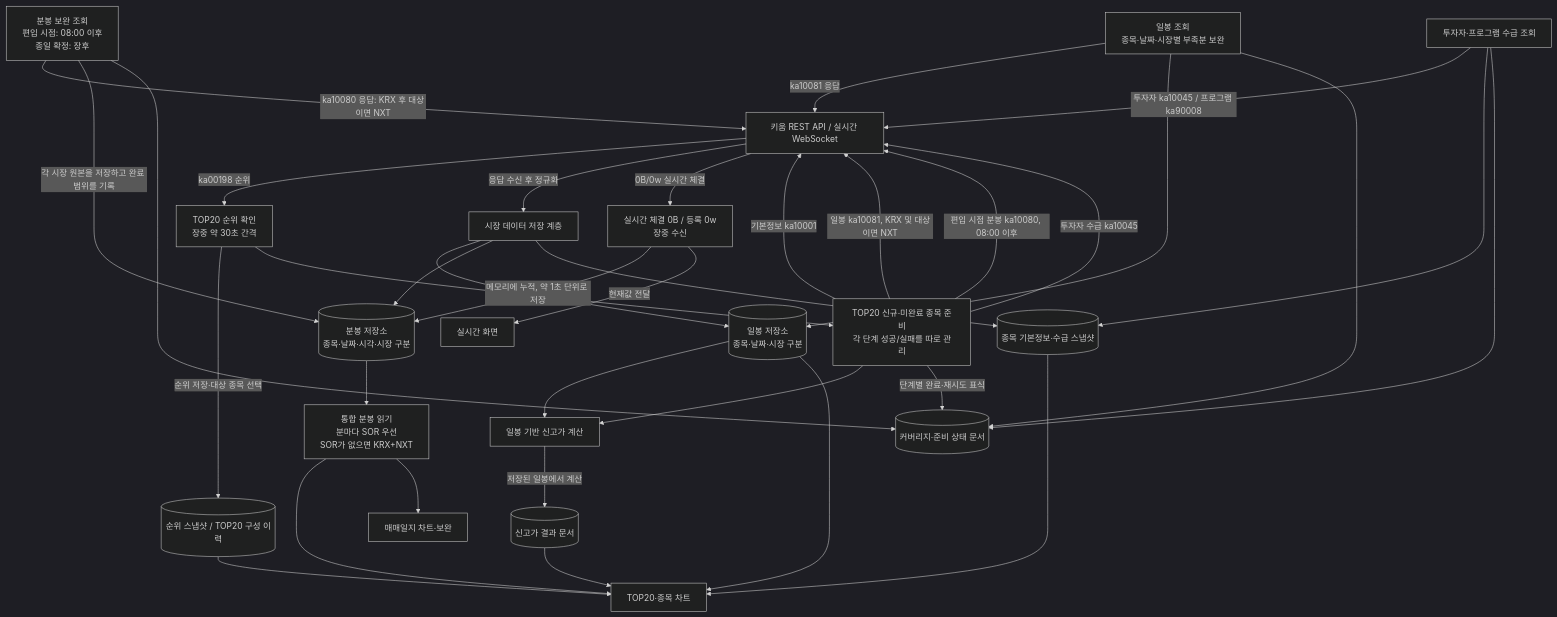
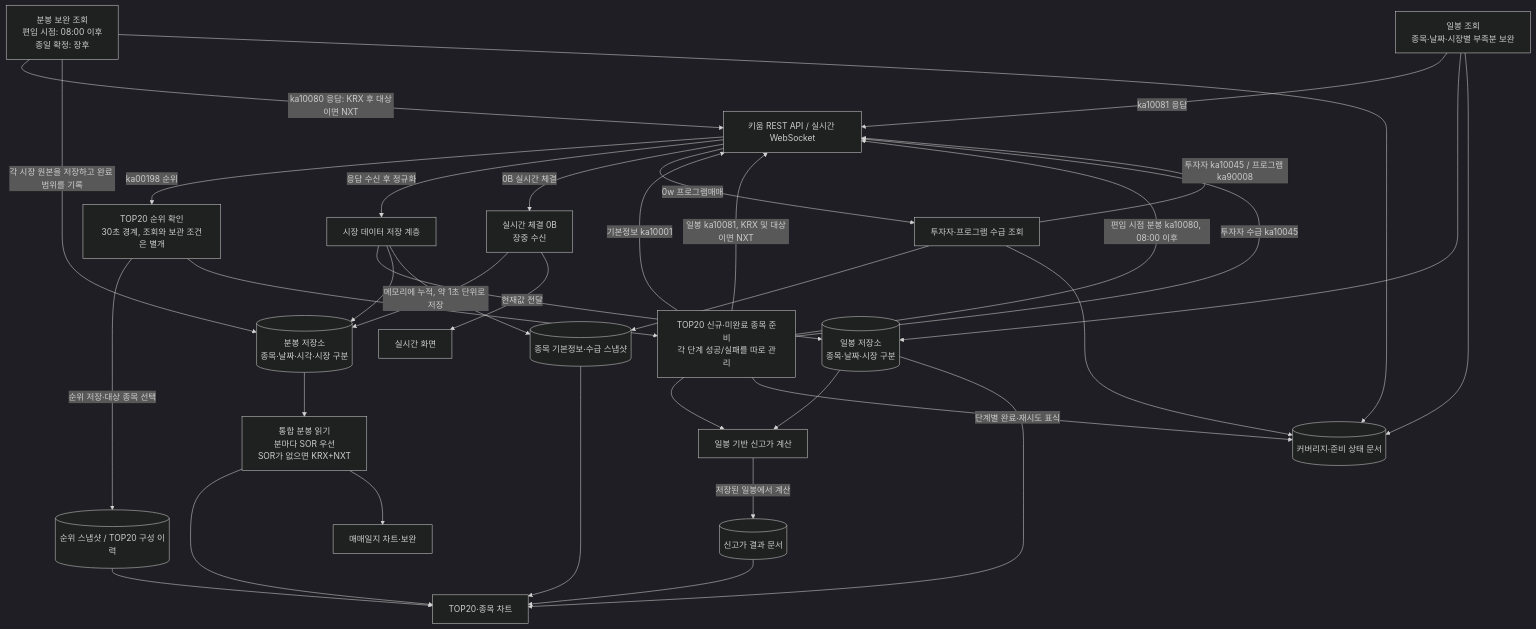
One commit to jhimm3/kiwoom-realtime-monitor changed the diagram in docs/MARKET_DATA_FLOW.md. Above: the diagram before and after it, drawn with Mermaid (dark theme). The commit also changed other lines of this file and 11 other files, not shown here.

````diff
--- a/docs/MARKET_DATA_FLOW.md
+++ b/docs/MARKET_DATA_FLOW.md
@@ -7,48 +9,49 @@
 ```mermaid
 flowchart TD
     K[키움 REST API / 실시간 WebSocket]
-    R[TOP20 순위 확인<br/>장중 약 30초 간격]
+    R[TOP20 순위 확인<br/>30초 경계, 조회와 보관 조건은 별개]
     P[TOP20 신규·미완료 종목 준비<br/>각 단계 성공/실패를 따로 관리]
-    W[실시간 체결 0B / 등록 0w<br/>장중 수신]
+    W[실시간 체결 0B<br/>장중 수신]
     M[분봉 보완 조회<br/>편입 시점: 08:00 이후<br/>종일 확정: 장후]
     D[일봉 조회<br/>종목·날짜·시장별 부족분 보완]
     F[투자자·프로그램 수급 조회]
     H[일봉 기반 신고가 계산]
 
     K -->|ka00198 순위| R
     R -->|순위 저장·대상 종목 선택| DB1[(순위 스냅샷 / TOP20 구성 이력)]
     R --> P
     P -->|기본정보 ka10001| K
     P -->|일봉 ka10081, KRX 및 대상이면 NXT| K
     P -->|편입 시점 분봉 ka10080, 08:00 이후| K
     P -->|투자자 수급 ka10045| K
     P --> H
     H -->|저장된 일봉에서 계산| DB4[(신고가 결과 문서)]
     K -->|응답 수신 후 정규화| I[시장 데이터 저장 계층]
     I --> DB2[(일봉 저장소<br/>종목·날짜·시장 구분)]
     I --> DB3[(분봉 저장소<br/>종목·날짜·시각·시장 구분)]
     I --> DB5[(종목 기본정보·수급 스냅샷)]
     P -->|단계별 완료·재시도 표식| DB6[(커버리지·준비 상태 문서)]
 
-    K -->|0B/0w 실시간 체결| W
+    K -->|0B 실시간 체결| W
+    K -->|0w 프로그램매매| F
     W -->|메모리에 누적, 약 1초 단위로 저장| DB3
     W -->|현재값 전달| UI1[실시간 화면]
     M -->|ka10080 응답: KRX 후 대상이면 NXT| K
     M -->|각 시장 원본을 저장하고 완료 범위를 기록| DB3
     M --> DB6
     D -->|ka10081 응답| K
     D --> DB2
     D --> DB6
     F -->|투자자 ka10045 / 프로그램 ka90008| K
     F --> DB5
     F --> DB6
 
     DB3 --> C[통합 분봉 읽기<br/>분마다 SOR 우선<br/>SOR가 없으면 KRX+NXT]
     C --> UI2[TOP20·종목 차트]
     C --> UI3[매매일지 차트·보완]
     DB1 --> UI2
     DB2 --> H
     DB2 --> UI2
     DB4 --> UI2
     DB5 --> UI2
 ```
````
